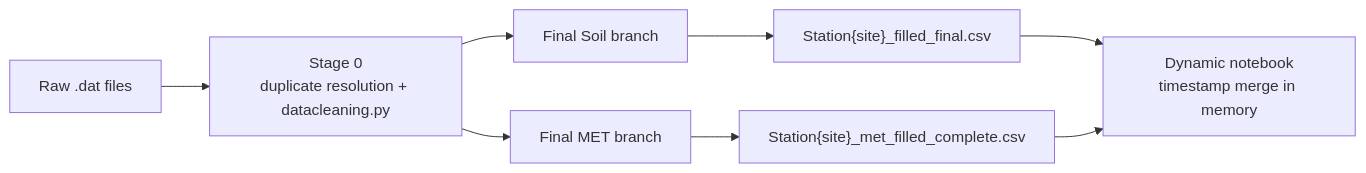
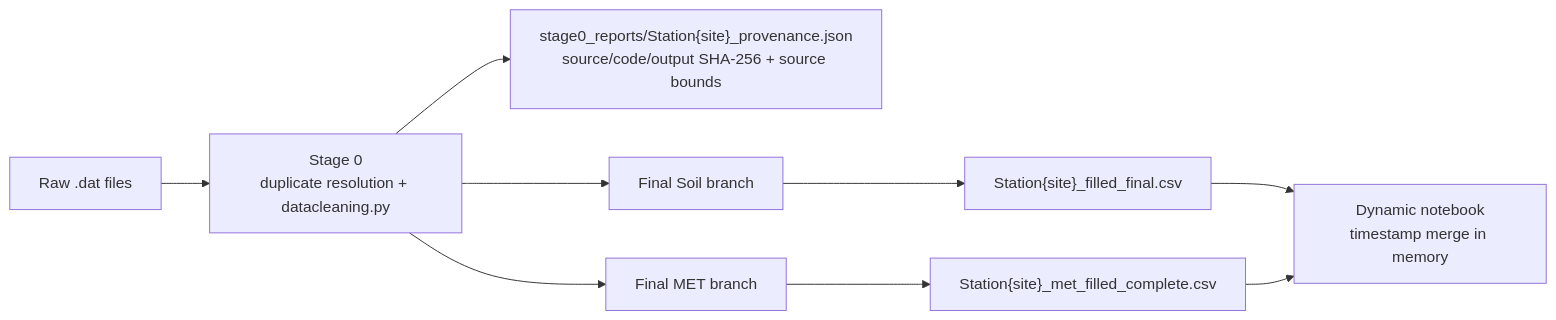
One commit to kiat/tx-soil-moisture changed the first of 3 diagrams in data-cleanup/imputation_pipeline/TECHNICAL_NOTES_TxSON33.md. Above: the diagram before and after it, drawn with Mermaid. The commit also changed other lines of this file and 12 other files, not shown here.

````diff
--- a/data-cleanup/imputation_pipeline/TECHNICAL_NOTES_TxSON33.md
+++ b/data-cleanup/imputation_pipeline/TECHNICAL_NOTES_TxSON33.md
@@ -76,10 +80,11 @@
 ```mermaid
 flowchart LR
     A["Raw .dat files"] --> B["Stage 0<br/>duplicate resolution + datacleaning.py"]
+    B --> P["stage0_reports/Station{site}_provenance.json<br/>source/code/output SHA-256 + source bounds"]
     B --> C["Final Soil branch"]
     B --> D["Final MET branch"]
     C --> E["Station{site}_filled_final.csv"]
     D --> F["Station{site}_met_filled_complete.csv"]
     E --> G["Dynamic notebook<br/>timestamp merge in memory"]
     F --> G
 ```
````
